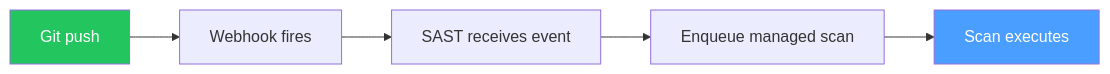
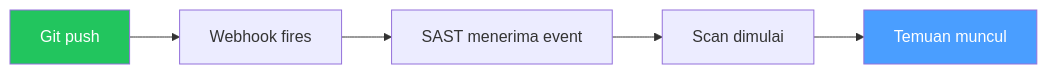
The second of 2 diagrams in docs/site/content/features/repositories.md (raihanachmad8/sast-integration), drawn with Mermaid before and after one commit. The commit also changed other lines of this file and 52 other files, not shown here.

````diff
--- a/docs/site/content/features/repositories.md
+++ b/docs/site/content/features/repositories.md
@@ -69,10 +60,10 @@
 ```mermaid
 flowchart LR
     A["Git push"] --> B["Webhook fires"]
-    B --> C["SAST receives event"]
-    C --> D["Enqueue managed scan"]
-    D --> E["Scan executes"]
+    B --> C["SAST menerima event"]
+    C --> D["Scan dimulai"]
+    D --> E["Temuan muncul"]
 
     style A fill:#22c55e,color:#fff
     style E fill:#4a9eff,color:#fff
 ```
````
